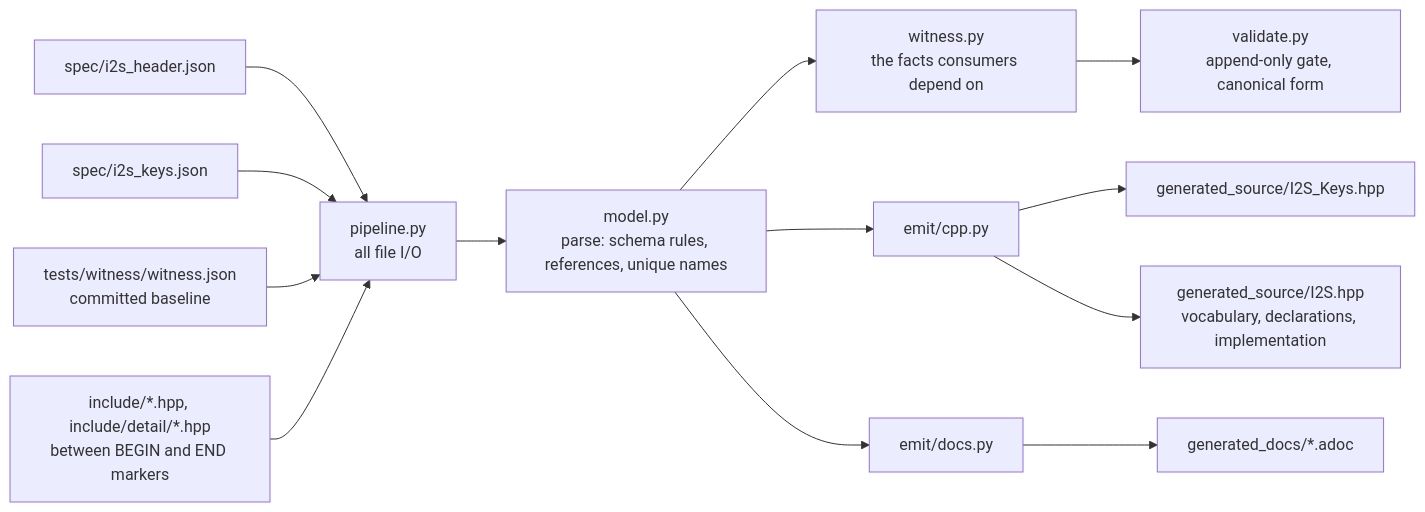
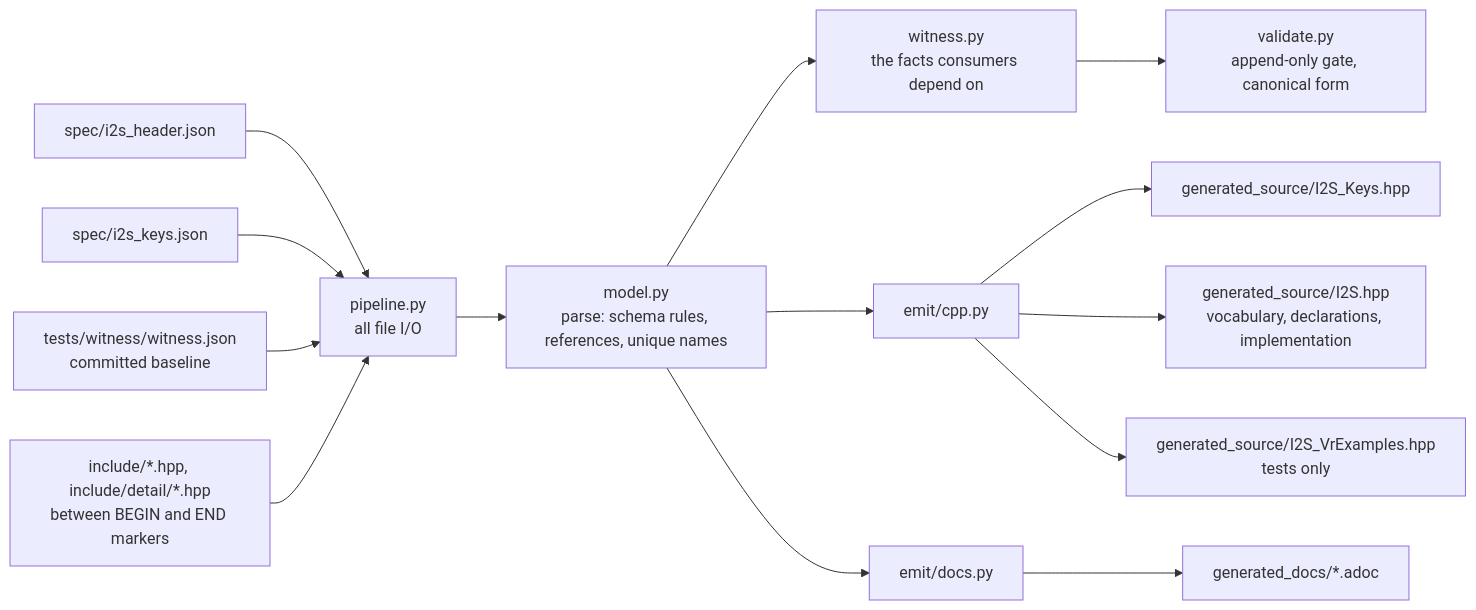
The diagram in generator/README.md (Aptix-Bio/Iris-Interoperability-Specification), drawn with Mermaid before and after one commit. The commit also changed other lines of this file and 5 other files, not shown here.

First line of the commit message:
VrExamplesInDocs_10.5: a VR's example is documentation, not source

````diff
--- a/generator/README.md
+++ b/generator/README.md
@@ -21,13 +22,14 @@
 ```mermaid
 flowchart LR
     H["spec/i2s_header.json"] --> P["pipeline.py<br/>all file I/O"]
     K["spec/i2s_keys.json"] --> P
     W["tests/witness/witness.json<br/>committed baseline"] --> P
     P --> M["model.py<br/>parse: schema rules, references, unique names"]
     M --> X["witness.py<br/>the facts consumers depend on"]
     X --> V["validate.py<br/>append-only gate, canonical form"]
     M --> C["emit/cpp.py"] --> O1["generated_source/I2S_Keys.hpp"]
     S["include/*.hpp, include/detail/*.hpp<br/>between BEGIN and END markers"] --> P
     C --> O3["generated_source/I2S.hpp<br/>vocabulary, declarations, implementation"]
+    C --> O4["generated_source/I2S_VrExamples.hpp<br/>tests only"]
     M --> D["emit/docs.py"] --> O2["generated_docs/*.adoc"]
 ```
````
